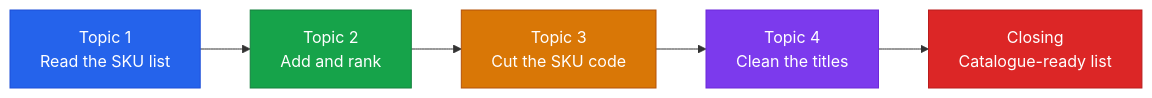
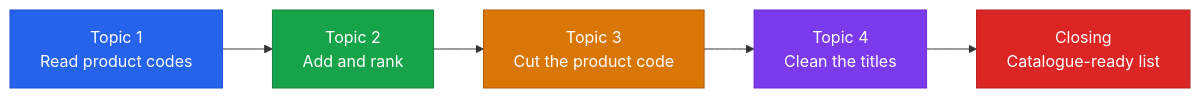
One commit to ayaznoori/Ayaz_Curriculum changed the diagram in IITP-AIDA-EN-III-2610/module-01-data-sql-foundations/lecture-05-lists-and-string-handling/lecture-script.md. Above: the diagram before and after it, drawn with Mermaid. The commit also changed other lines of this file and 1 other file, not shown here.

First line of the commit message:
Use plain product code language in lecture 5 lists session.

````diff
--- a/IITP-AIDA-EN-III-2610/module-01-data-sql-foundations/lecture-05-lists-and-string-handling/lecture-script.md
+++ b/IITP-AIDA-EN-III-2610/module-01-data-sql-foundations/lecture-05-lists-and-string-handling/lecture-script.md
@@ -57,12 +57,12 @@
 ```mermaid
 flowchart LR
-    A["Topic 1<br>Read the SKU list"] --> B["Topic 2<br>Add and rank"]
-    B --> C["Topic 3<br>Cut the SKU code"]
+    A["Topic 1<br>Read product codes"] --> B["Topic 2<br>Add and rank"]
+    B --> C["Topic 3<br>Cut the product code"]
     C --> D["Topic 4<br>Clean the titles"]
     D --> E["Closing<br>Catalogue-ready list"]
     style A fill:#2563eb,stroke:#1d4ed8,color:#ffffff
     style B fill:#16a34a,stroke:#15803d,color:#ffffff
     style C fill:#d97706,stroke:#b45309,color:#ffffff
     style D fill:#7c3aed,stroke:#6d28d9,color:#ffffff
     style E fill:#dc2626,stroke:#b91c1c,color:#ffffff
 ```
````
